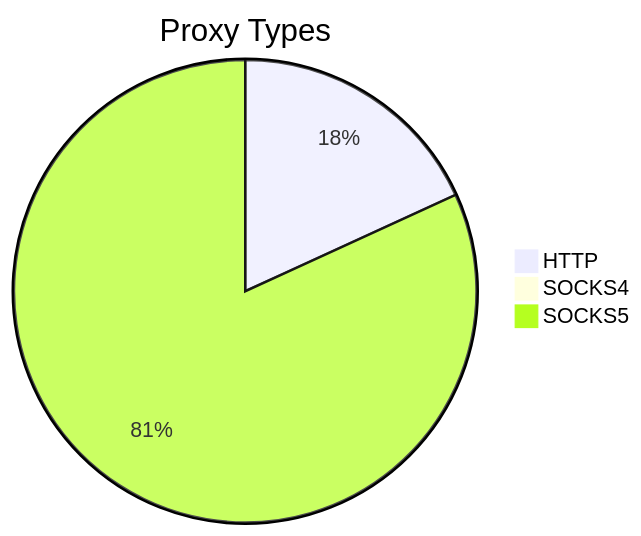
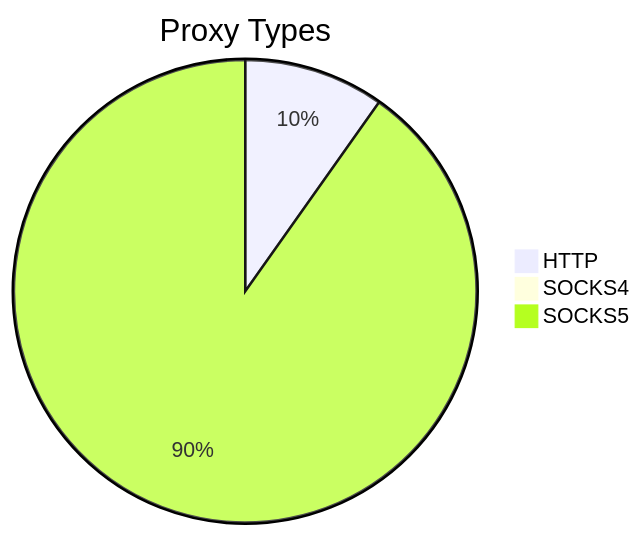
Before and after one commit to stormsia/proxy-list: the first of 2 diagrams in README.md, drawn with Mermaid. The commit also changed other lines of this file, not shown here.

````diff
--- a/README.md
+++ b/README.md
@@ -21,6 +21,6 @@
 ```mermaid
 pie title Proxy Types
-    "HTTP" : 639
-    "SOCKS4" : 17
-    "SOCKS5" : 2879
+    "HTTP" : 685
+    "SOCKS4" : 48
+    "SOCKS5" : 6301
 ```
````
